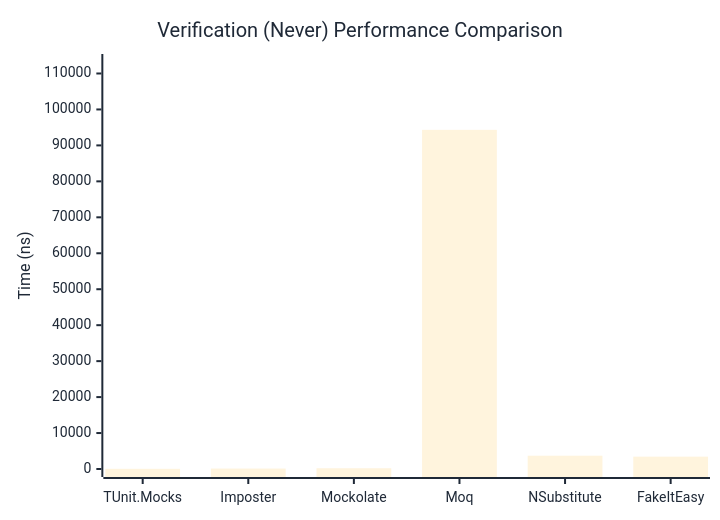
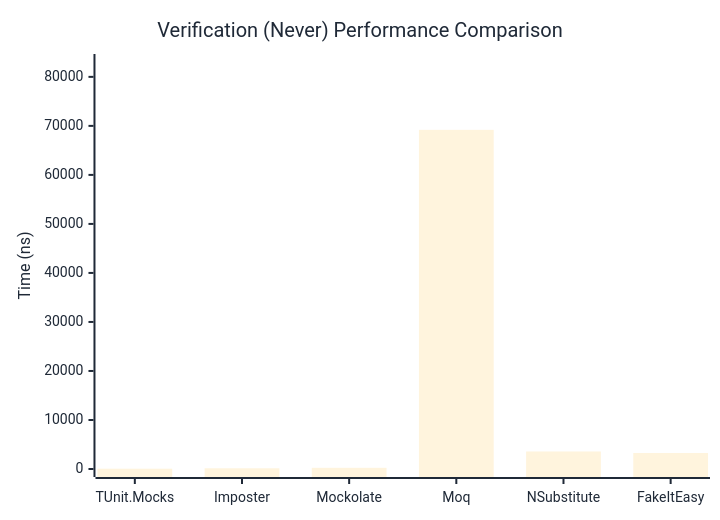
One commit to thomhurst/TUnit changed the second of 3 diagrams in docs/docs/benchmarks/mocks/Verification.md. Above: the diagram before and after it, drawn with Mermaid. The commit also changed other lines of this file and 14 other files, not shown here.

````diff
--- a/docs/docs/benchmarks/mocks/Verification.md
+++ b/docs/docs/benchmarks/mocks/Verification.md
@@ -71,27 +71,27 @@
 ```mermaid
 %%{init: {
   'theme':'base',
   'themeVariables': {
     'primaryColor': '#2563eb',
     'primaryTextColor': '#1f2937',
     'primaryBorderColor': '#1e40af',
     'lineColor': '#6b7280',
     'secondaryColor': '#7c3aed',
     'tertiaryColor': '#dc2626',
     'background': '#ffffff',
     'pie1': '#2563eb',
     'pie2': '#7c3aed',
     'pie3': '#dc2626',
     'pie4': '#f59e0b',
     'pie5': '#10b981',
     'pie6': '#06b6d4',
     'pie7': '#ec4899',
     'pie8': '#6366f1'
   }
 }}%%
 xychart-beta
   title "Verification (Never) Performance Comparison"
   x-axis ["TUnit.Mocks", "Imposter", "Mockolate", "Moq", "NSubstitute", "FakeItEasy"]
-  y-axis "Time (ns)" 0 --> 113195
-  bar [50.42, 124.99, 211.85, 94328.37, 3697.97, 3438.71]
+  y-axis "Time (ns)" 0 --> 83032
+  bar [59.92, 149.09, 239.07, 69193.02, 3573.91, 3258.26]
 ```
````
